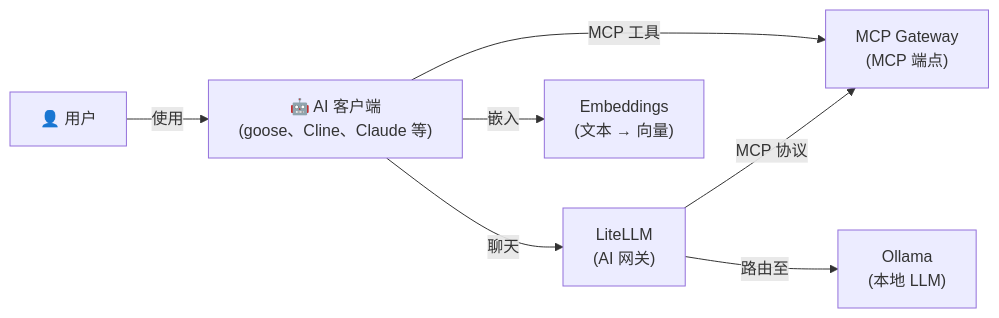
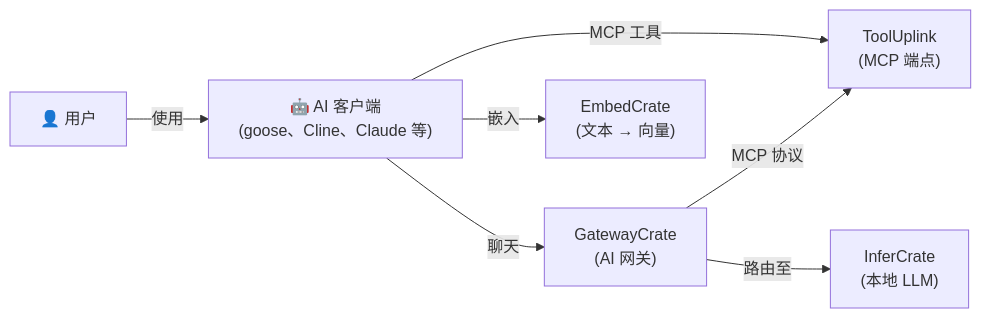
Before and after one commit to hwdsl2/self-hosted-ai-stack: the diagram in stacks/code-assistant/README-zh.md, drawn with Mermaid. The commit also changed other lines of this file and 47 other files, not shown here.

````diff
--- a/stacks/code-assistant/README-zh.md
+++ b/stacks/code-assistant/README-zh.md
@@ -17,9 +17,9 @@
 ```mermaid
 graph LR
     U["👤 用户"] -->|使用| C["🤖 AI 客户端<br/>(goose、Cline、Claude 等)"]
-    C -->|MCP 工具| M["MCP Gateway<br/>(MCP 端点)"]
-    C -->|聊天| L["LiteLLM<br/>(AI 网关)"]
-    L -->|路由至| O["Ollama<br/>(本地 LLM)"]
+    C -->|MCP 工具| M["ToolUplink<br/>(MCP 端点)"]
+    C -->|聊天| L["GatewayCrate<br/>(AI 网关)"]
+    L -->|路由至| O["InferCrate<br/>(本地 LLM)"]
     L -->|MCP 协议| M
-    C -->|嵌入| E["Embeddings<br/>(文本 → 向量)"]
+    C -->|嵌入| E["EmbedCrate<br/>(文本 → 向量)"]
 ```
````
